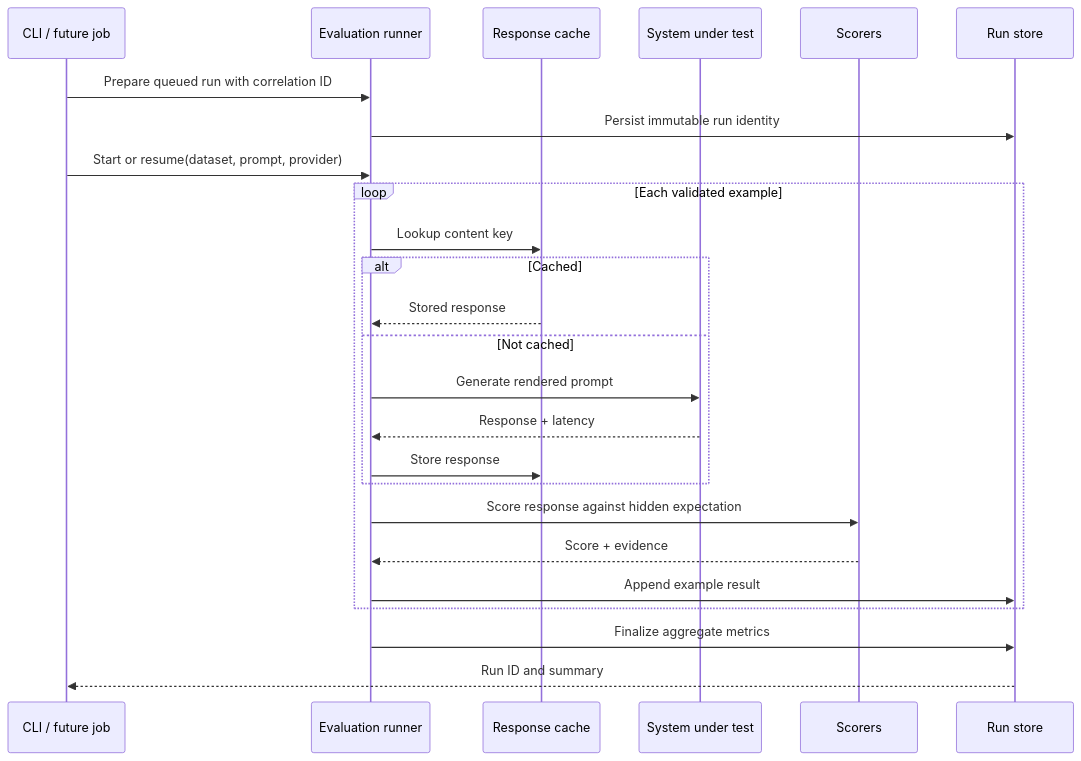
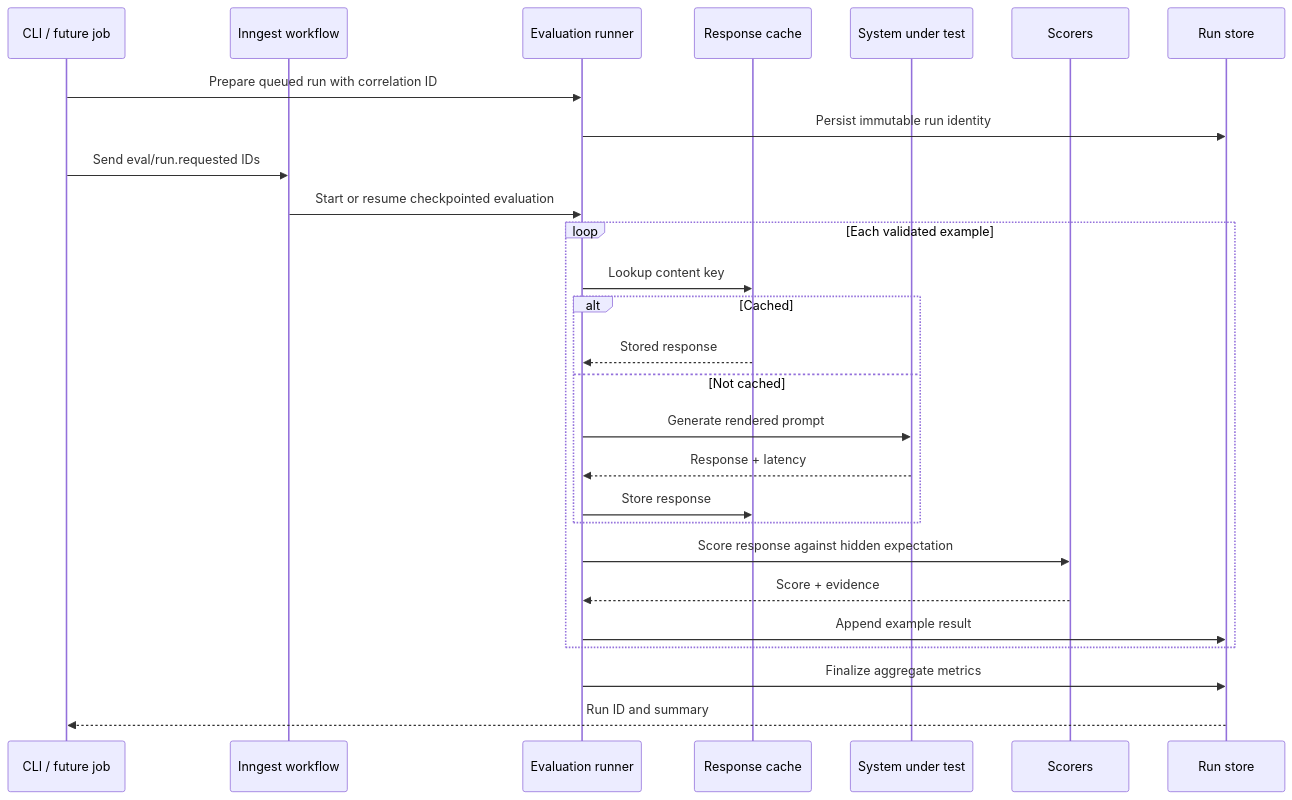
One commit to Sujay1709/evalbench-ai changed the second of 3 diagrams in README.md. Above: the diagram before and after it, drawn with Mermaid. The commit also changed other lines of this file and 7 other files, not shown here.

````diff
--- a/README.md
+++ b/README.md
@@ -78,28 +78,30 @@
 ```mermaid
 sequenceDiagram
     participant User as CLI / future job
+    participant Workflow as Inngest workflow
     participant Runner as Evaluation runner
     participant Cache as Response cache
     participant Provider as System under test
     participant Scorer as Scorers
     participant Store as Run store
 
     User->>Runner: Prepare queued run with correlation ID
     Runner->>Store: Persist immutable run identity
-    User->>Runner: Start or resume(dataset, prompt, provider)
+    User->>Workflow: Send eval/run.requested IDs
+    Workflow->>Runner: Start or resume checkpointed evaluation
     loop Each validated example
         Runner->>Cache: Lookup content key
         alt Cached
             Cache-->>Runner: Stored response
         else Not cached
             Runner->>Provider: Generate rendered prompt
             Provider-->>Runner: Response + latency
             Runner->>Cache: Store response
         end
         Runner->>Scorer: Score response against hidden expectation
         Scorer-->>Runner: Score + evidence
         Runner->>Store: Append example result
     end
     Runner->>Store: Finalize aggregate metrics
     Store-->>User: Run ID and summary
 ```
````
